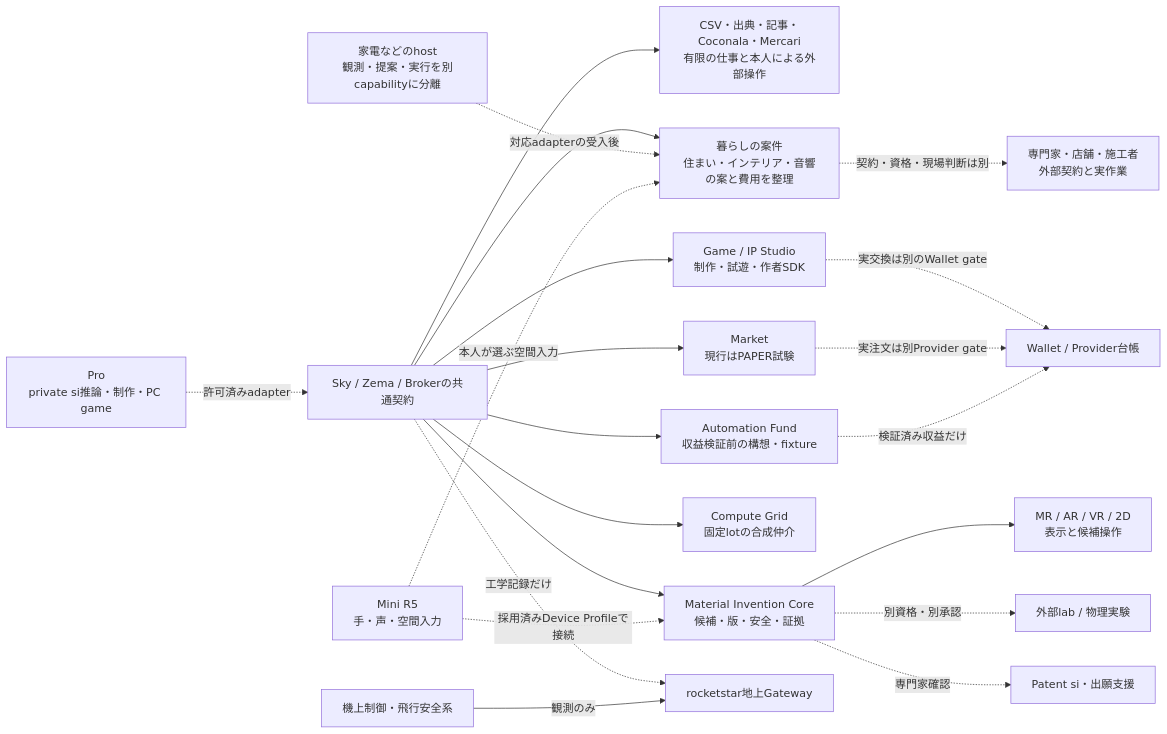
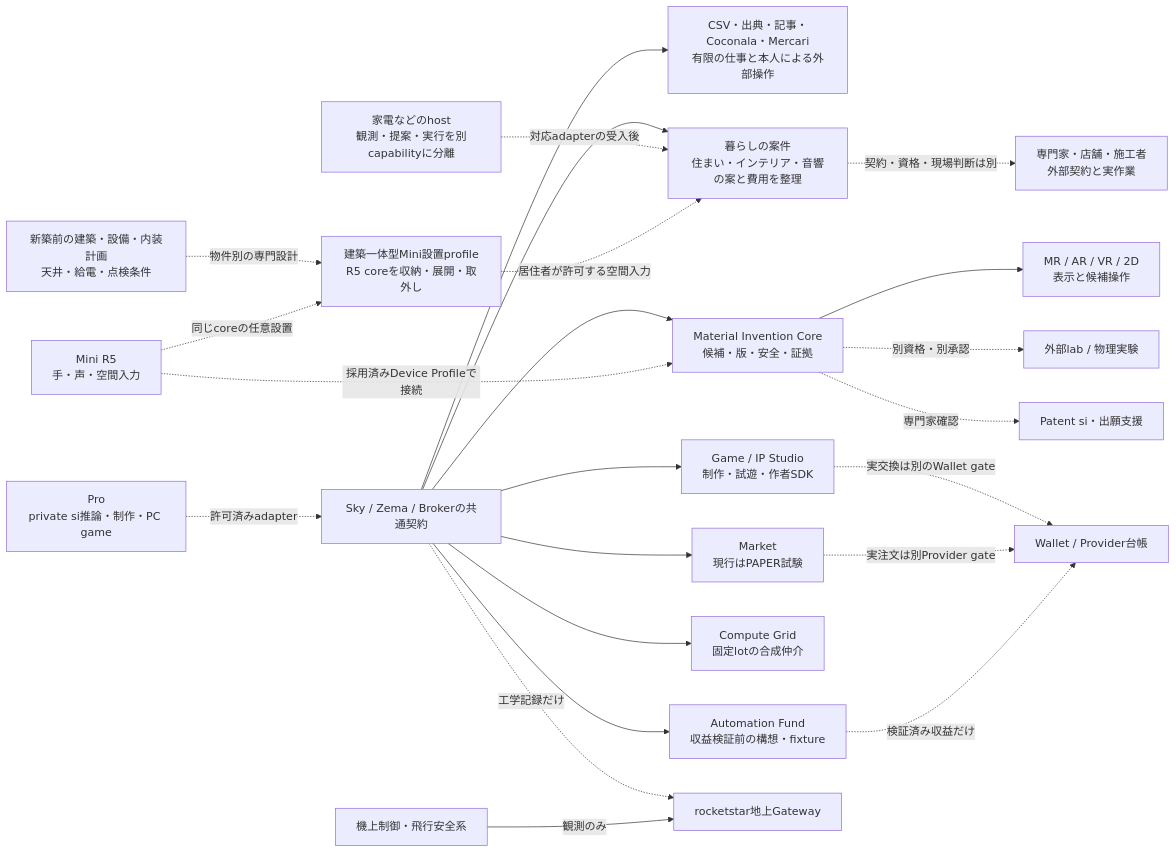
The third of 3 diagrams in docs/rockstaros-product-system-map.md (k999ln/rock), drawn with Mermaid before and after one commit. The commit also changed other lines of this file and 10 other files, not shown here.

Commit message:
Design architectural Mini installation in full system map

````diff
--- a/docs/rockstaros-product-system-map.md
+++ b/docs/rockstaros-product-system-map.md
@@ -98,23 +98,25 @@
 ```mermaid
 flowchart LR
   SKY["Sky / Zema / Brokerの共通契約"] --> WORK["CSV・出典・記事・Coconala・Mercari<br/>有限の仕事と本人による外部操作"]
   SKY --> LIVING["暮らしの案件<br/>住まい・インテリア・音響の案と費用を整理"]
   HOME["家電などのhost<br/>観測・提案・実行を別capabilityに分離"] -. "対応adapterの受入後" .-> LIVING
   LIVING -. "契約・資格・現場判断は別" .-> EXPERT["専門家・店舗・施工者<br/>外部契約と実作業"]
+  ARCH["新築前の建築・設備・内装計画<br/>天井・給電・点検条件"] -. "物件別の専門設計" .-> BUILTIN["建築一体型Mini設置profile<br/>R5 coreを収納・展開・取外し"]
+  BUILTIN -. "居住者が許可する空間入力" .-> LIVING
   SKY --> GAME["Game / IP Studio<br/>制作・試遊・作者SDK"]
   GAME -. "実交換は別のWallet gate" .-> WALLET["Wallet / Provider台帳"]
   SKY --> MARKET["Market<br/>現行はPAPER試験"]
   MARKET -. "実注文は別Provider gate" .-> WALLET
   SKY --> FUND["Automation Fund<br/>収益検証前の構想・fixture"]
   FUND -. "検証済み収益だけ" .-> WALLET
   SKY --> GRID["Compute Grid<br/>固定lotの合成仲介"]
   SKY --> MAT["Material Invention Core<br/>候補・版・安全・証拠"]
   MINI["Mini R5<br/>手・声・空間入力"] -. "採用済みDevice Profileで接続" .-> MAT
-  MINI -. "本人が選ぶ空間入力" .-> LIVING
+  MINI -. "同じcoreの任意設置" .-> BUILTIN
   MAT --> VIEW["MR / AR / VR / 2D<br/>表示と候補操作"]
   MAT -. "別資格・別承認" .-> LAB["外部lab / 物理実験"]
   MAT -. "専門家確認" .-> PATENT["Patent si・出願支援"]
   PRO["Pro<br/>private si推論・制作・PC game"] -. "許可済みadapter" .-> SKY
   SKY -. "工学記録だけ" .-> GROUND["rocketstar地上Gateway"]
   FLIGHT["機上制御・飛行安全系"] -->|"観測のみ"| GROUND
 ```
````
